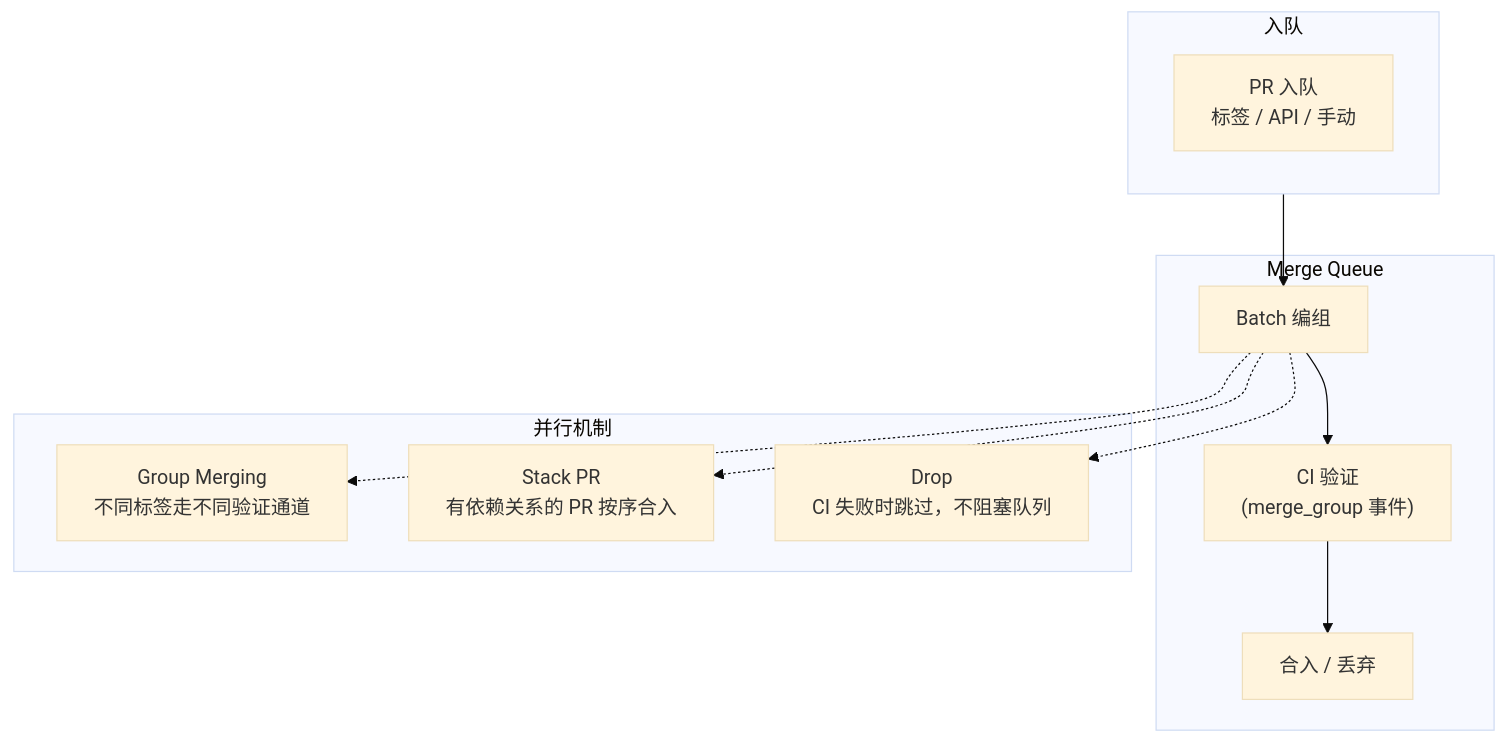
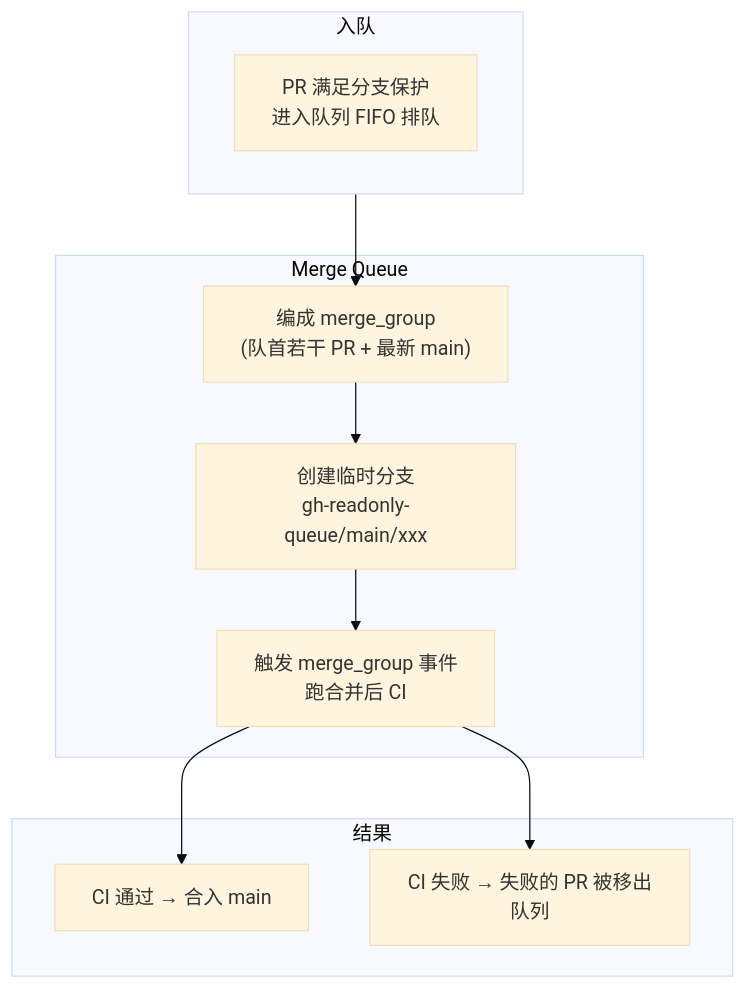
Before and after one commit to A1pha3/text-matrix: the diagram in content/posts/tech/github-merge-queue-automated-pr-merging-guide.md, drawn with Mermaid (base theme). The commit also changed other lines of this file and 52 other files, not shown here.

````diff
--- a/content/posts/tech/github-merge-queue-automated-pr-merging-guide.md
+++ b/content/posts/tech/github-merge-queue-automated-pr-merging-guide.md
@@ -49,23 +49,20 @@
 ```mermaid
 flowchart TB
     subgraph IN["入队"]
-        A["PR 入队<br/>标签 / API / 手动"]
+        A["PR 满足分支保护<br/>进入队列 FIFO 排队"]
     end
 
     subgraph QUEUE["Merge Queue"]
-        B["Batch 编组"]
-        C["CI 验证<br/>(merge_group 事件)"]
-        D["合入 / 丢弃"]
+        B["编成 merge_group<br/>(队首若干 PR + 最新 main)"]
+        C["创建临时分支<br/>gh-readonly-queue/main/xxx"]
+        D["触发 merge_group 事件<br/>跑合并后 CI"]
     end
 
-    subgraph PARA["并行机制"]
-        E["Group Merging<br/>不同标签走不同验证通道"]
-        F["Stack PR<br/>有依赖关系的 PR 按序合入"]
-        G["Drop<br/>CI 失败时跳过，不阻塞队列"]
+    subgraph RES["结果"]
+        E["CI 通过 → 合入 main"]
+        F["CI 失败 → 失败的 PR 被移出队列"]
     end
 
-    IN --> B --> C --> D
-    B -.-> E
-    B -.-> F
-    B -.-> G
+    IN --> B --> C --> D --> E
+    D --> F
 ```
````
